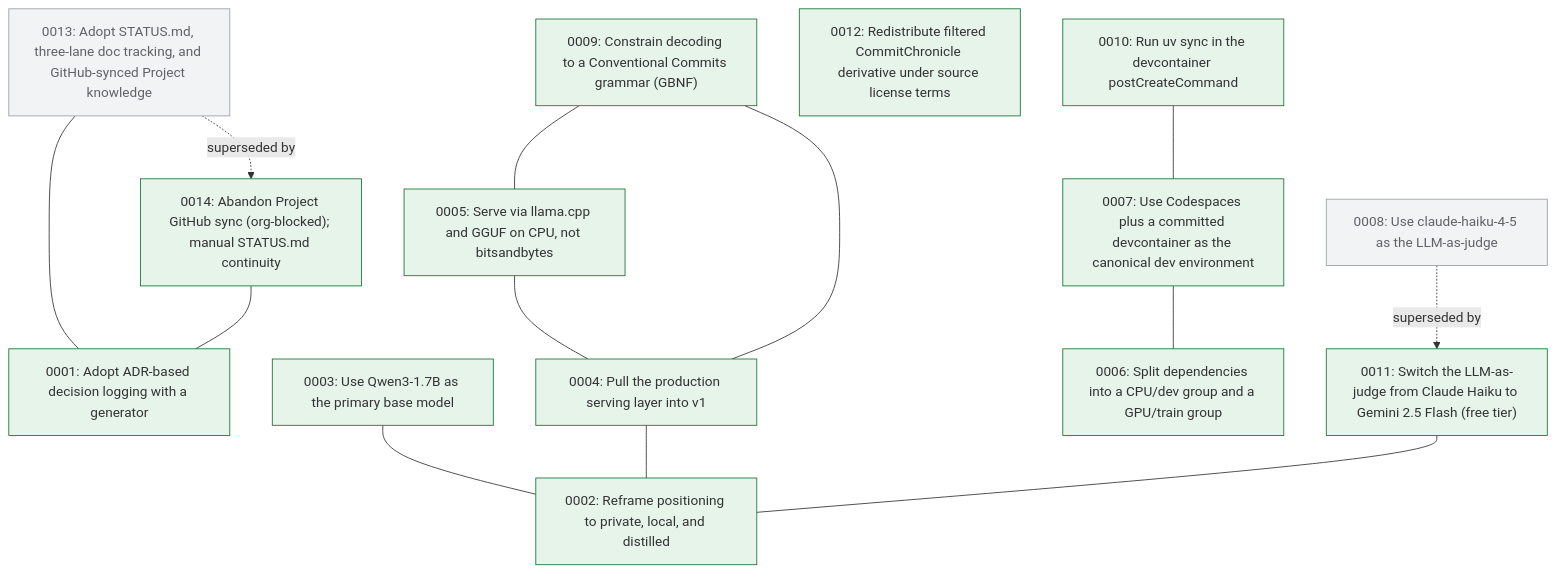
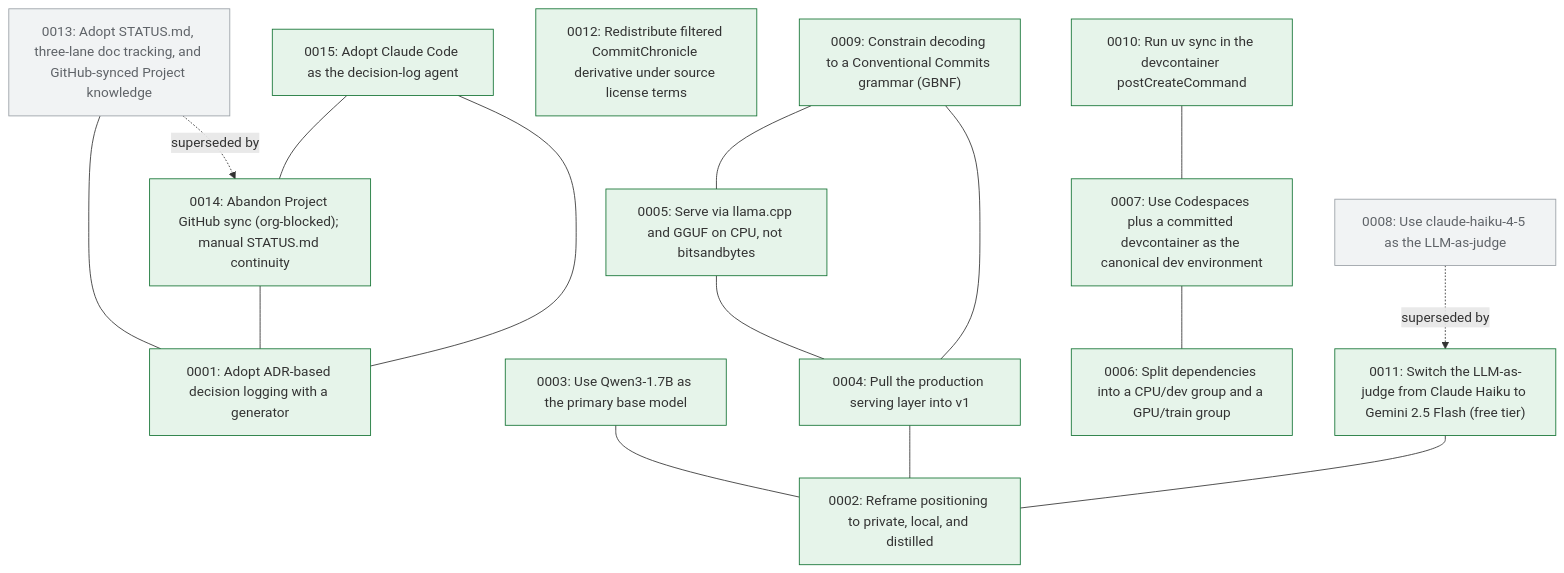
The diagram in docs/decision-tree.md (marzoukbaig14/Committed), drawn with Mermaid before and after one commit. The commit also changed 3 other files, not shown here.

Commit message:
docs: adopt Claude Code as decision-log agent (ADR 0015)

````diff
--- a/docs/decision-tree.md
+++ b/docs/decision-tree.md
@@ -5,33 +5,36 @@
 ```mermaid
 graph TD
   n0001["0001: Adopt ADR-based decision logging with a generator"]:::accepted
   n0002["0002: Reframe positioning to private, local, and distilled"]:::accepted
   n0003["0003: Use Qwen3-1.7B as the primary base model"]:::accepted
   n0004["0004: Pull the production serving layer into v1"]:::accepted
   n0005["0005: Serve via llama.cpp and GGUF on CPU, not bitsandbytes"]:::accepted
   n0006["0006: Split dependencies into a CPU/dev group and a GPU/train group"]:::accepted
   n0007["0007: Use Codespaces plus a committed devcontainer as the canonical dev environment"]:::accepted
   n0008["0008: Use claude-haiku-4-5 as the LLM-as-judge"]:::superseded
   n0009["0009: Constrain decoding to a Conventional Commits grammar (GBNF)"]:::accepted
   n0010["0010: Run uv sync in the devcontainer postCreateCommand"]:::accepted
   n0011["0011: Switch the LLM-as-judge from Claude Haiku to Gemini 2.5 Flash (free tier)"]:::accepted
   n0012["0012: Redistribute filtered CommitChronicle derivative under source license terms"]:::accepted
   n0013["0013: Adopt STATUS.md, three-lane doc tracking, and GitHub-synced Project knowledge"]:::superseded
   n0014["0014: Abandon Project GitHub sync (org-blocked); manual STATUS.md continuity"]:::accepted
+  n0015["0015: Adopt Claude Code as the decision-log agent"]:::accepted
   n0003 --- n0002
   n0004 --- n0002
   n0005 --- n0004
   n0007 --- n0006
   n0009 --- n0004
   n0009 --- n0005
   n0010 --- n0007
   n0008 -. superseded by .-> n0011
   n0011 --- n0002
   n0013 --- n0001
   n0013 -. superseded by .-> n0014
   n0014 --- n0001
+  n0015 --- n0001
+  n0015 --- n0014
   classDef proposed fill:#fff7e6,stroke:#d4a017;
   classDef accepted fill:#e6f4ea,stroke:#137333;
   classDef superseded fill:#f1f3f4,stroke:#9aa0a6,color:#5f6368;
   classDef deprecated fill:#fce8e6,stroke:#c5221f,color:#5f6368;
 ```
````
